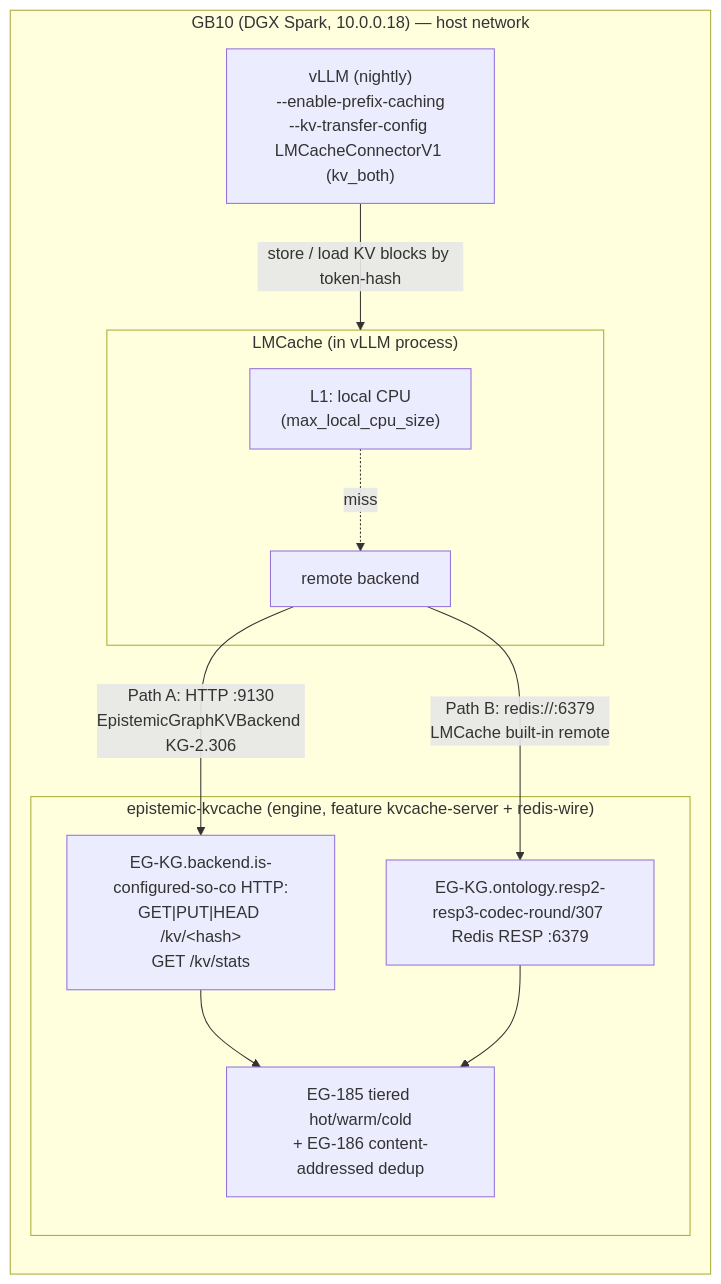
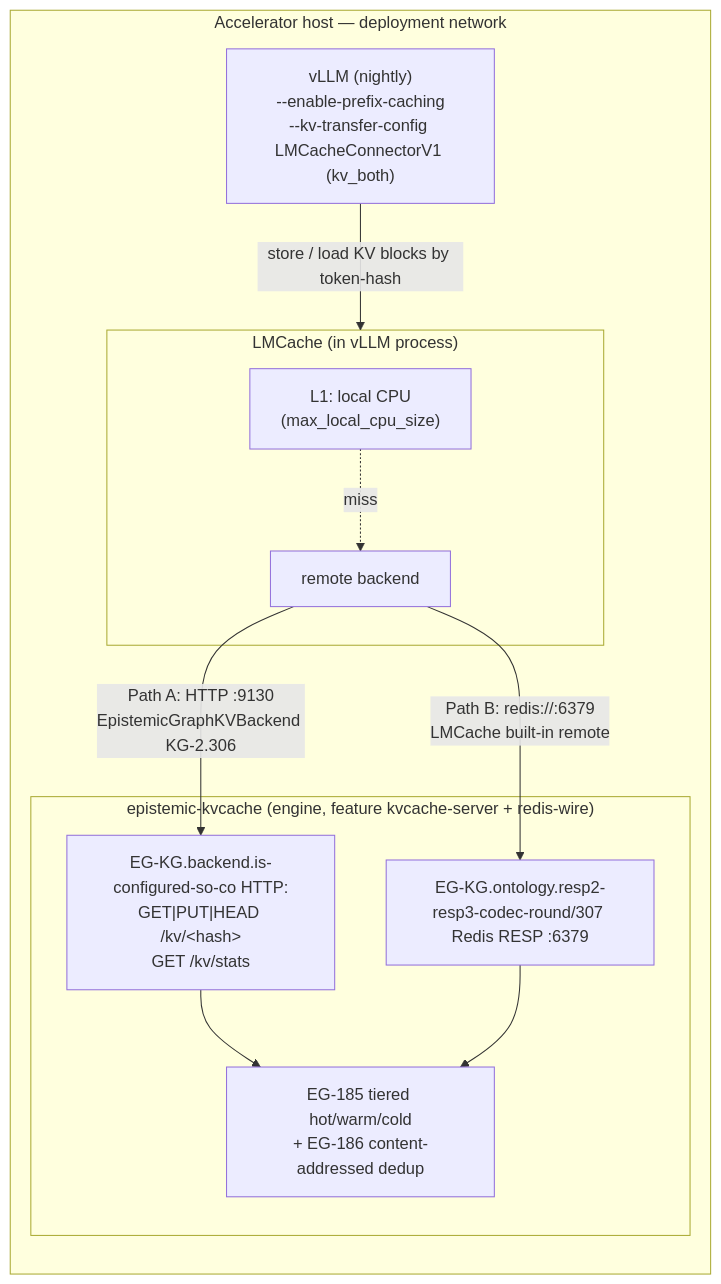
Before and after one commit to Knuckles-Team/agent-utilities: the diagram in docs/guides/kvcache-vllm-lmcache.md, drawn with Mermaid. The commit also changed other lines of this file and 3818 other files, not shown here.

````diff
--- a/docs/guides/kvcache-vllm-lmcache.md
+++ b/docs/guides/kvcache-vllm-lmcache.md
@@ -32,24 +32,24 @@
 ```mermaid
 flowchart LR
-    subgraph GB10["GB10 (DGX Spark, 10.0.0.18) — host network"]
+    subgraph HOST["Accelerator host — deployment network"]
         direction TB
         vllm["vLLM (nightly)\n--enable-prefix-caching\n--kv-transfer-config LMCacheConnectorV1 (kv_both)"]
         subgraph lm["LMCache (in vLLM process)"]
             l1["L1: local CPU\n(max_local_cpu_size)"]
             remote["remote backend"]
         end
         vllm -->|store / load KV blocks by token-hash| lm
         l1 -. miss .-> remote
 
         subgraph egk["epistemic-kvcache (engine, feature kvcache-server + redis-wire)"]
             http["EG-KG.backend.is-configured-so-co HTTP:\nGET|PUT|HEAD /kv/&lt;hash&gt;\nGET /kv/stats"]
             resp["EG-KG.ontology.resp2-resp3-codec-round/307 Redis RESP :6379"]
             tier["EG-185 tiered hot/warm/cold\n+ EG-186 content-addressed dedup"]
             http --> tier
             resp --> tier
         end
 
         remote -->|Path A: HTTP :9130\nEpistemicGraphKVBackend KG-2.306| http
         remote -->|Path B: redis://:6379\nLMCache built-in remote| resp
     end
 ```
````
